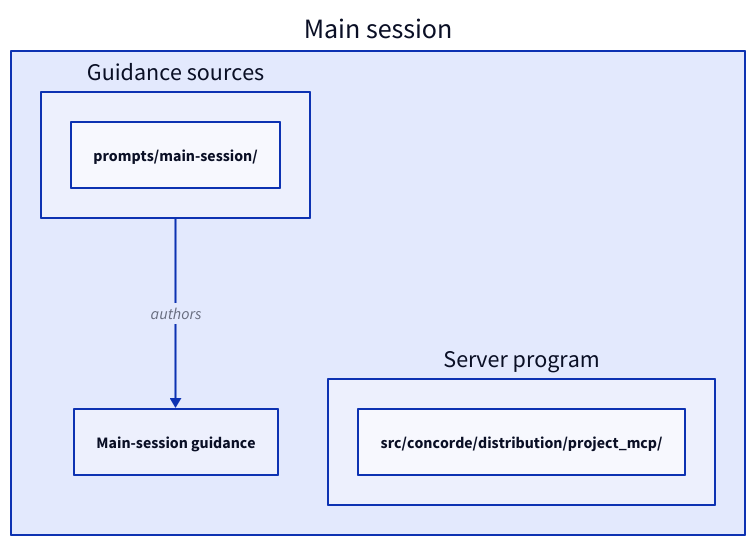
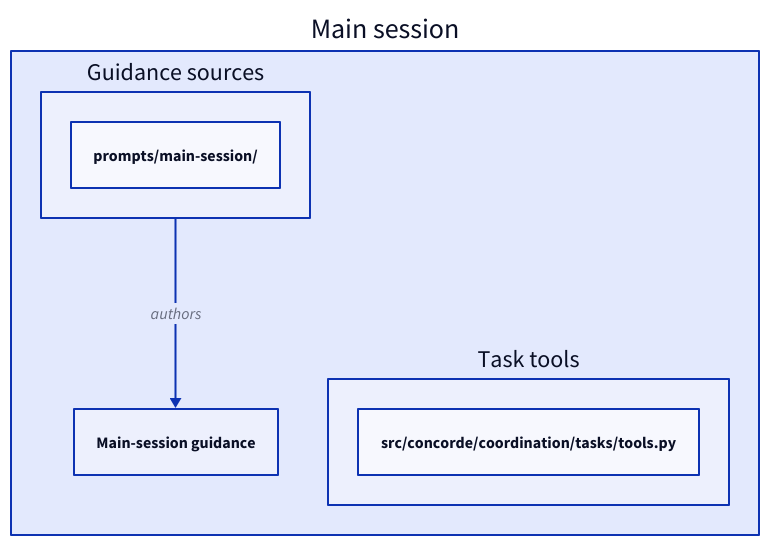
The fourth of 4 diagrams in specs/concorde/coordination/main-session/module.md (FTOD/concorde), drawn with D2 before and after one commit. The commit also changed other lines of this file and 34 other files, not shown here.

````diff
--- a/specs/concorde/coordination/main-session/module.md
+++ b/specs/concorde/coordination/main-session/module.md
@@ -928,12 +928,12 @@
 ```d2
 mainsession: Main session {
   sources: Guidance sources {
     "prompts/main-session/"
   }
   guidance: Main-session guidance
-  server: Server program {
-    "src/concorde/distribution/project_mcp/"
+  server: Task tools {
+    "src/concorde/coordination/tasks/tools.py"
   }
   sources -> guidance: authors
 }
 ```
````
